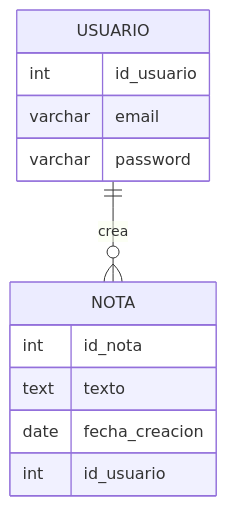
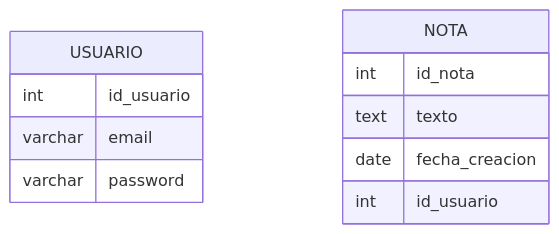
Before and after one commit to JMAbadLopez/programacion: the diagram in docs/ejercicios/ud08/ejercicio_ud08_entregable.md, drawn with Mermaid. The commit also changed 2 other files, not shown here.

Commit message:
UD8. Actividad entregable. Modificación

````diff
--- a/docs/ejercicios/ud08/ejercicio_ud08_entregable.md
+++ b/docs/ejercicios/ud08/ejercicio_ud08_entregable.md
@@ -23,15 +23,14 @@
 ```mermaid
 erDiagram
     USUARIO {
         int id_usuario
         varchar email
         varchar password
     }
     NOTA {
         int id_nota
         text texto
         date fecha_creacion
         int id_usuario
     }
-    USUARIO ||--o{ NOTA : crea
 ```
````
